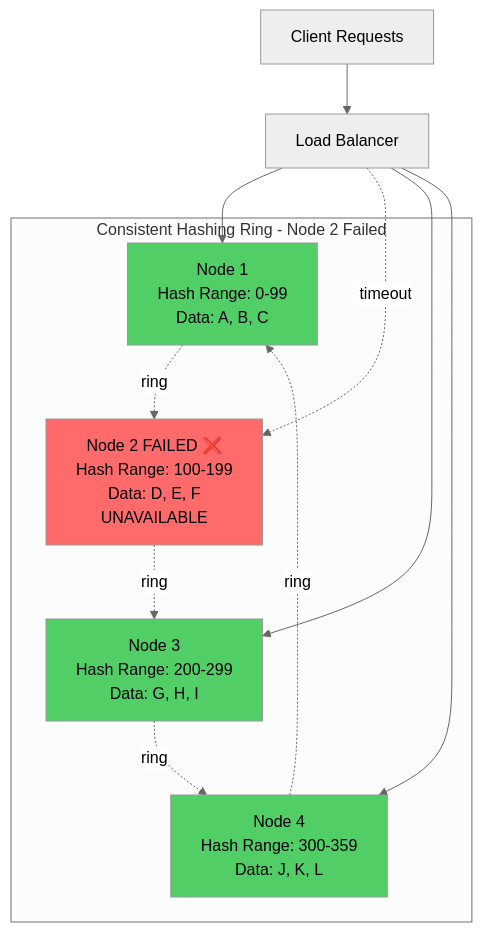
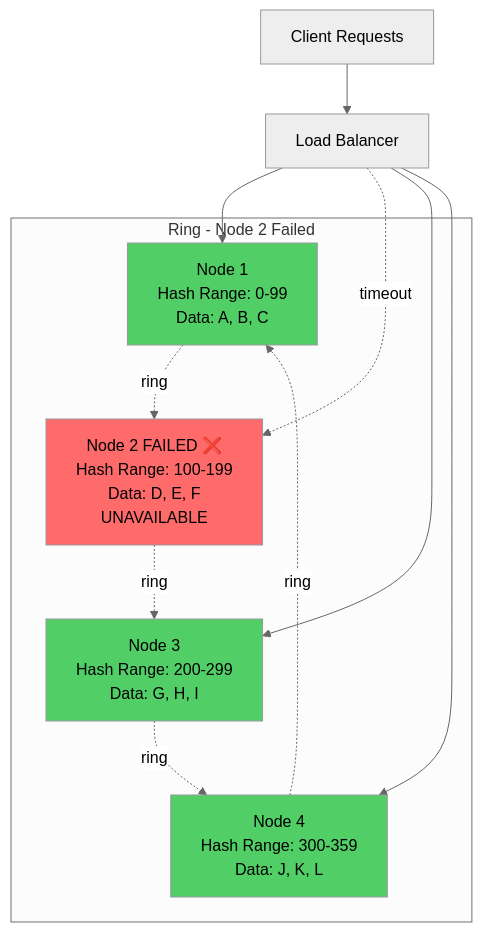
Before and after one commit to jellis206/cs-diagrams: the second of 16 diagrams in reliable_systems.md, drawn with Mermaid (neutral theme). The commit also changed other lines of this file, not shown here.

````diff
--- a/reliable_systems.md
+++ b/reliable_systems.md
@@ -71,28 +71,28 @@
 ```mermaid
 graph TB
     Client[Client Requests]
     LB[Load Balancer]
 
-    subgraph "Consistent Hashing Ring - Node 2 Failed"
+    subgraph FailedRing["Ring - Node 2 Failed"]
         N1[Node 1<br/>Hash Range: 0-99<br/>Data: A, B, C]
         N2[Node 2 FAILED ❌<br/>Hash Range: 100-199<br/>Data: D, E, F<br/>UNAVAILABLE]
         N3[Node 3<br/>Hash Range: 200-299<br/>Data: G, H, I]
         N4[Node 4<br/>Hash Range: 300-359<br/>Data: J, K, L]
 
         N1 -.->|ring| N2
         N2 -.->|ring| N3
         N3 -.->|ring| N4
         N4 -.->|ring| N1
     end
 
     Client --> LB
     LB --> N1
     LB -.->|timeout| N2
     LB --> N3
     LB --> N4
 
     style N1 fill:#51cf66
     style N2 fill:#ff6b6b
     style N3 fill:#51cf66
     style N4 fill:#51cf66
 ```
````
